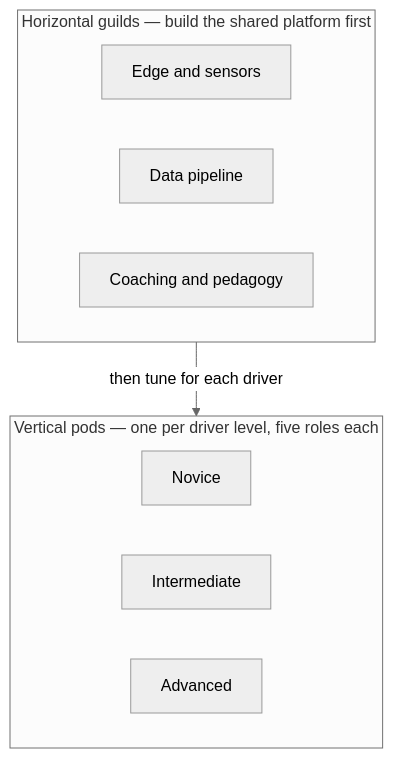
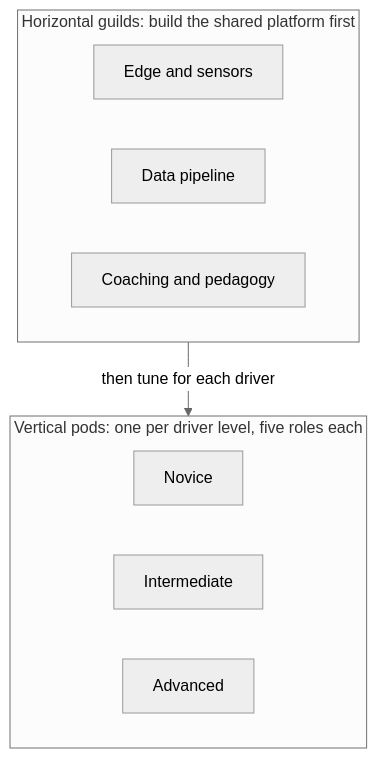
The second of 9 diagrams in docs/essays/trusted-at-130mph.md (mlnomadpy/trustable-ai-superapp), drawn with Mermaid (neutral theme) before and after one commit. The commit also changed other lines of this file, not shown here.

````diff
--- a/docs/essays/trusted-at-130mph.md
+++ b/docs/essays/trusted-at-130mph.md
@@ -40,16 +40,16 @@
 ```mermaid
 flowchart TB
-    subgraph G["Horizontal guilds — build the shared platform first"]
+    subgraph G["Horizontal guilds: build the shared platform first"]
         direction LR
         G1[Edge and sensors]
         G2[Data pipeline]
         G3[Coaching and pedagogy]
     end
     G -- "then tune for each driver" --> P
-    subgraph P["Vertical pods — one per driver level, five roles each"]
+    subgraph P["Vertical pods: one per driver level, five roles each"]
         direction LR
         P1[Novice]
         P2[Intermediate]
         P3[Advanced]
     end
 ```
````
